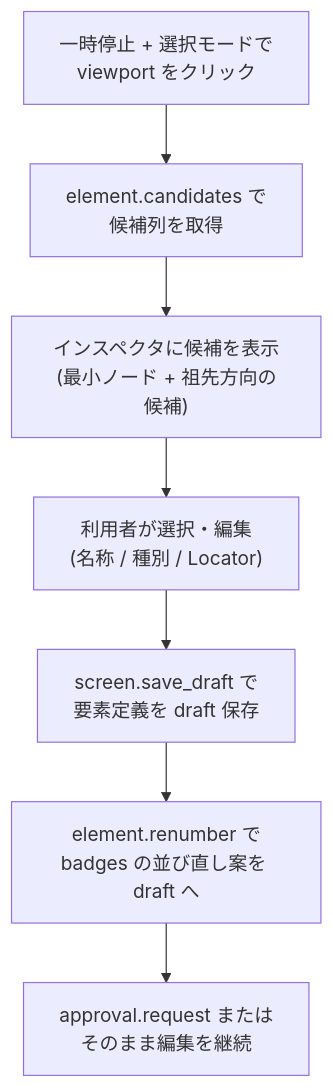
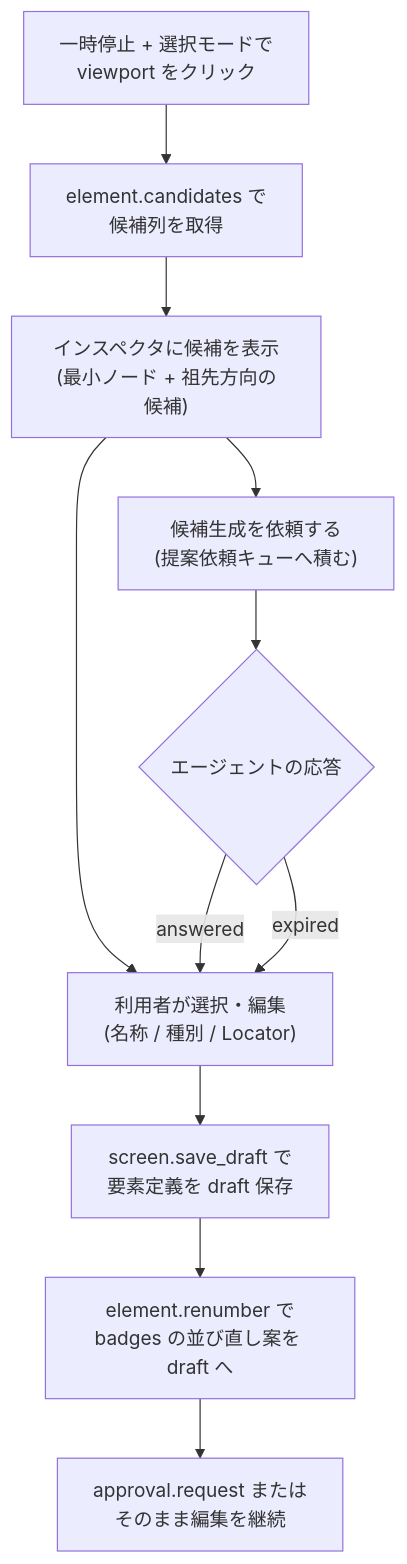
The first of 2 diagrams in design/features/web-editor/DesignDoc_web-editor.md (Fukuemon/screen-contract), drawn with Mermaid before and after one commit. The commit also changed other lines of this file and 16 other files, not shown here.

````diff
--- a/design/features/web-editor/DesignDoc_web-editor.md
+++ b/design/features/web-editor/DesignDoc_web-editor.md
@@ -107,9 +108,13 @@
 ```mermaid
 flowchart TD
     A["一時停止 + 選択モードで<br/>viewport をクリック"] --> B["element.candidates で<br/>候補列を取得"]
     B --> C["インスペクタに候補を表示<br/>(最小ノード + 祖先方向の候補)"]
     C --> D["利用者が選択・編集<br/>(名称 / 種別 / Locator)"]
+    C --> S1["候補生成を依頼する<br/>(提案依頼キューへ積む)"]
+    S1 --> S2{"エージェントの応答"}
+    S2 -->|"answered"| D
+    S2 -->|"expired"| D
     D --> E["screen.save_draft で<br/>要素定義を draft 保存"]
     E --> F["element.renumber で<br/>badges の並び直し案を draft へ"]
     F --> G["approval.request または<br/>そのまま編集を継続"]
 ```
````
